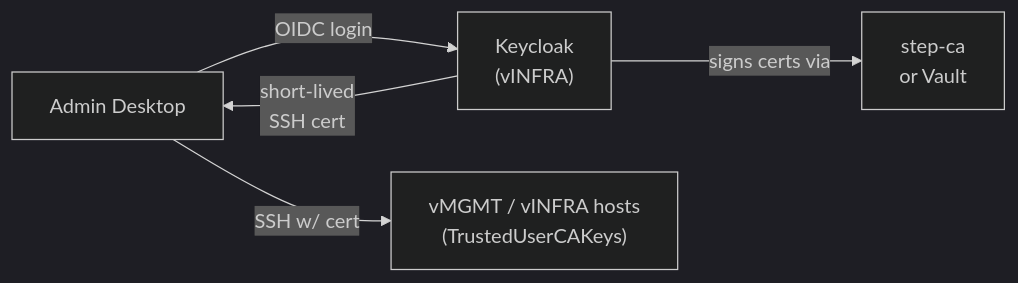
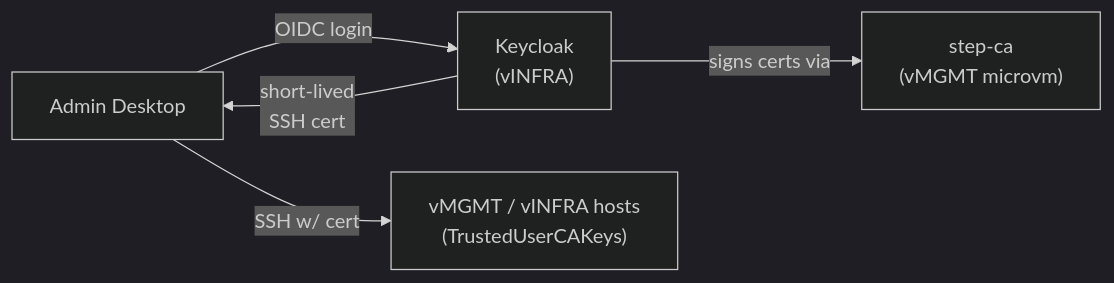
One commit to mutantmell/dotfiles changed the first of 4 diagrams in llm-notes/ssh-certificates-sso-plan.md. Above: the diagram before and after it, drawn with Mermaid (dark theme). The commit also changed other lines of this file, not shown here.

First line of the commit message:
docs: add host certificates, step-ca placement, and OpenWRT considerations to SSH cert plan

````diff
--- a/llm-notes/ssh-certificates-sso-plan.md
+++ b/llm-notes/ssh-certificates-sso-plan.md
@@ -21,12 +21,12 @@
 ```mermaid
 flowchart LR
     Admin["Admin Desktop"]
     KC["Keycloak\n(vINFRA)"]
-    CA["step-ca\nor Vault"]
+    CA["step-ca\n(vMGMT microvm)"]
     Hosts["vMGMT / vINFRA hosts\n(TrustedUserCAKeys)"]
 
     Admin -- "OIDC login" --> KC
     KC -- "short-lived\nSSH cert" --> Admin
     KC -- "signs certs via" --> CA
     Admin -- "SSH w/ cert" --> Hosts
 ```
````
